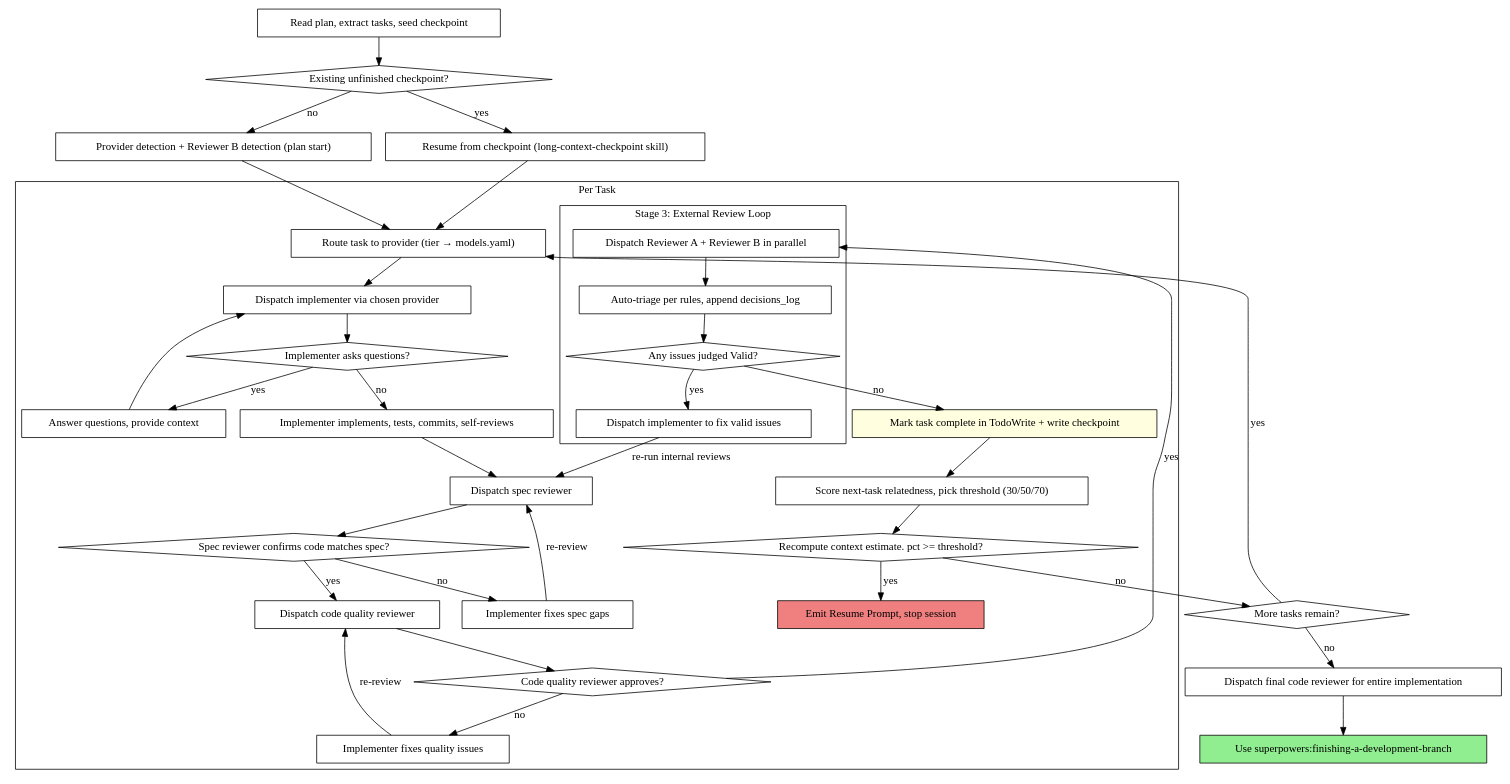
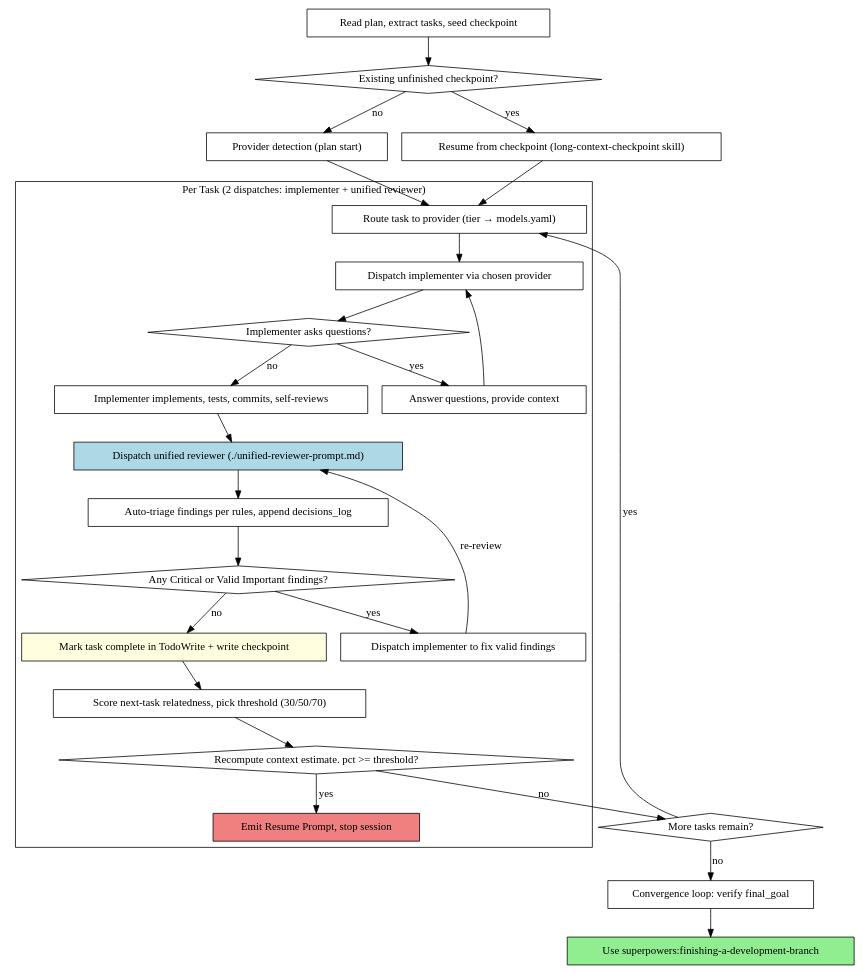
The second of 2 diagrams in skills/subagent-driven-development/SKILL.md (bmax121/superpowers), drawn with Graphviz before and after one commit. The commit also changed other lines of this file and 13 other files, not shown here.

Commit message:
feat: 6.2.0 — unified reviewer replaces three-stage chain (5→2 dispatches/task)

````diff
--- a/skills/subagent-driven-development/SKILL.md
+++ b/skills/subagent-driven-development/SKILL.md
@@ -42,73 +44,55 @@
 ```dot
 digraph process {
     rankdir=TB;
 
     subgraph cluster_per_task {
-        label="Per Task";
+        label="Per Task (2 dispatches: implementer + unified reviewer)";
         "Route task to provider (tier → models.yaml)" [shape=box];
         "Dispatch implementer via chosen provider" [shape=box];
         "Implementer asks questions?" [shape=diamond];
         "Answer questions, provide context" [shape=box];
         "Implementer implements, tests, commits, self-reviews" [shape=box];
-        "Dispatch spec reviewer" [shape=box];
-        "Spec reviewer confirms code matches spec?" [shape=diamond];
-        "Implementer fixes spec gaps" [shape=box];
-        "Dispatch code quality reviewer" [shape=box];
-        "Code quality reviewer approves?" [shape=diamond];
-        "Implementer fixes quality issues" [shape=box];
-
-        subgraph cluster_external {
-            label="Stage 3: External Review Loop";
-            "Dispatch Reviewer A + Reviewer B in parallel" [shape=box];
-            "Auto-triage per rules, append decisions_log" [shape=box];
-            "Any issues judged Valid?" [shape=diamond];
-            "Dispatch implementer to fix valid issues" [shape=box];
-        }
+        "Dispatch unified reviewer (./unified-reviewer-prompt.md)" [shape=box style=filled fillcolor=lightblue];
+        "Auto-triage findings per rules, append decisions_log" [shape=box];
+        "Any Critical or Valid Important findings?" [shape=diamond];
+        "Dispatch implementer to fix valid findings" [shape=box];
 
         "Mark task complete in TodoWrite + write checkpoint" [shape=box style=filled fillcolor=lightyellow];
         "Score next-task relatedness, pick threshold (30/50/70)" [shape=box];
         "Recompute context estimate. pct >= threshold?" [shape=diamond];
         "Emit Resume Prompt, stop session" [shape=box style=filled fillcolor=lightcoral];
     }
 
-    "Provider detection + Reviewer B detection (plan start)" [shape=box];
+    "Provider detection (plan start)" [shape=box];
     "Read plan, extract tasks, seed checkpoint" [shape=box];
     "Existing unfinished checkpoint?" [shape=diamond];
     "Resume from checkpoint (long-context-checkpoint skill)" [shape=box];
     "More tasks remain?" [shape=diamond];
-    "Dispatch final code reviewer for entire implementation" [shape=box];
+    "Convergence loop: verify final_goal" [shape=box];
     "Use superpowers:finishing-a-development-branch" [shape=box style=filled fillcolor=lightgreen];
 
     "Read plan, extract tasks, seed checkpoint" -> "Existing unfinished checkpoint?";
     "Existing unfinished checkpoint?" -> "Resume from checkpoint (long-context-checkpoint skill)" [label="yes"];
-    "Existing unfinished checkpoint?" -> "Provider detection + Reviewer B detection (plan start)" [label="no"];
+    "Existing unfinished checkpoint?" -> "Provider detection (plan start)" [label="no"];
     "Resume from checkpoint (long-context-checkpoint skill)" -> "Route task to provider (tier → models.yaml)";
-    "Provider detection + Reviewer B detection (plan start)" -> "Route task to provider (tier → models.yaml)";
+    "Provider detection (plan start)" -> "Route task to provider (tier → models.yaml)";
     "Route task to provider (tier → models.yaml)" -> "Dispatch implementer via chosen provider";
     "Dispatch implementer via chosen provider" -> "Implementer asks questions?";
     "Implementer asks questions?" -> "Answer questions, provide context" [label="yes"];
     "Answer questions, provide context" -> "Dispatch implementer via chosen provider";
     "Implementer asks questions?" -> "Implementer implements, tests, commits, self-reviews" [label="no"];
-    "Implementer implements, tests, commits, self-reviews" -> "Dispatch spec reviewer";
-    "Dispatch spec reviewer" -> "Spec reviewer confirms code matches spec?";
-    "Spec reviewer confirms code matches spec?" -> "Implementer fixes spec gaps" [label="no"];
-    "Implementer fixes spec gaps" -> "Dispatch spec reviewer" [label="re-review"];
-    "Spec reviewer confirms code matches spec?" -> "Dispatch code quality reviewer" [label="yes"];
-    "Dispatch code quality reviewer" -> "Code quality reviewer approves?";
-    "Code quality reviewer approves?" -> "Implementer fixes quality issues" [label="no"];
-    "Implementer fixes quality issues" -> "Dispatch code quality reviewer" [label="re-review"];
-    "Code quality reviewer approves?" -> "Dispatch Reviewer A + Reviewer B in parallel" [label="yes"];
-    "Dispatch Reviewer A + Reviewer B in parallel" -> "Auto-triage per rules, append decisions_log";
-    "Auto-triage per rules, append decisions_log" -> "Any issues judged Valid?";
-    "Any issues judged Valid?" -> "Dispatch implementer to fix valid issues" [label="yes"];
-    "Any issues judged Valid?" -> "Mark task complete in TodoWrite + write checkpoint" [label="no"];
-    "Dispatch implementer to fix valid issues" -> "Dispatch spec reviewer" [label="re-run internal reviews"];
+    "Implementer implements, tests, commits, self-reviews" -> "Dispatch unified reviewer (./unified-reviewer-prompt.md)";
+    "Dispatch unified reviewer (./unified-reviewer-prompt.md)" -> "Auto-triage findings per rules, append decisions_log";
+    "Auto-triage findings per rules, append decisions_log" -> "Any Critical or Valid Important findings?";
+    "Any Critical or Valid Important findings?" -> "Dispatch implementer to fix valid findings" [label="yes"];
+    "Any Critical or Valid Important findings?" -> "Mark task complete in TodoWrite + write checkpoint" [label="no"];
+    "Dispatch implementer to fix valid findings" -> "Dispatch unified reviewer (./unified-reviewer-prompt.md)" [label="re-review"];
     "Mark task complete in TodoWrite + write checkpoint" -> "Score next-task relatedness, pick threshold (30/50/70)";
     "Score next-task relatedness, pick threshold (30/50/70)" -> "Recompute context estimate. pct >= threshold?";
     "Recompute context estimate. pct >= threshold?" -> "Emit Resume Prompt, stop session" [label="yes"];
     "Recompute context estimate. pct >= threshold?" -> "More tasks remain?" [label="no"];
     "More tasks remain?" -> "Route task to provider (tier → models.yaml)" [label="yes"];
-    "More tasks remain?" -> "Dispatch final code reviewer for entire implementation" [label="no"];
-    "Dispatch final code reviewer for entire implementation" -> "Use superpowers:finishing-a-development-branch";
+    "More tasks remain?" -> "Convergence loop: verify final_goal" [label="no"];
+    "Convergence loop: verify final_goal" -> "Use superpowers:finishing-a-development-branch";
 }
 ```
````
